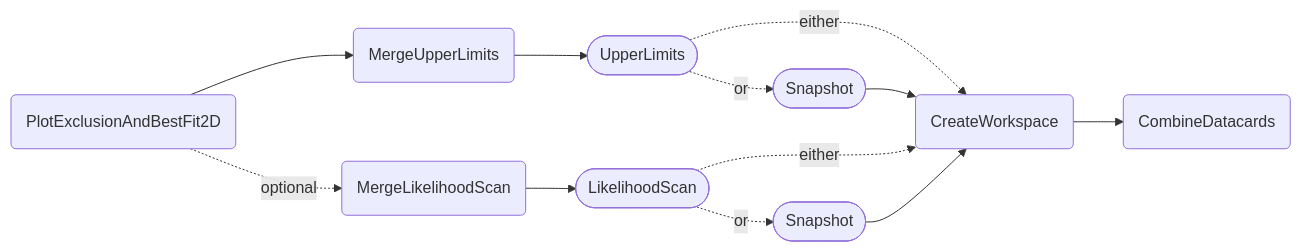
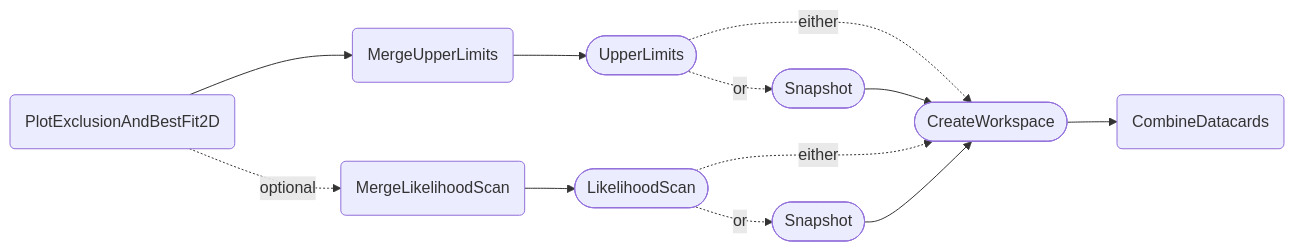
Before and after one commit to cms-hh/inference_tools: the second of 2 diagrams in docs/content/tasks/exclusion.md, drawn with Mermaid. The commit also changed other lines of this file and 8 other files, not shown here.

````diff
--- a/docs/content/tasks/exclusion.md
+++ b/docs/content/tasks/exclusion.md
@@ -147,14 +147,14 @@
 ```mermaid
 graph LR;
     A(PlotExclusionAndBestFit2D) --> B(MergeUpperLimits);
     A -. optional .-> C(MergeLikelihoodScan);
     B --> D([UpperLimits]);
-    D -. either .-> F(CreateWorkspace);
+    D -. either .-> F([CreateWorkspace]);
     F --> G(CombineDatacards);
     C --> E([LikelihoodScan]);
     E -. either .-> F;
     D -. or .-> H([Snapshot]);
     E -. or .-> I([Snapshot]);
     H --> F;
     I --> F;
 ```
````
